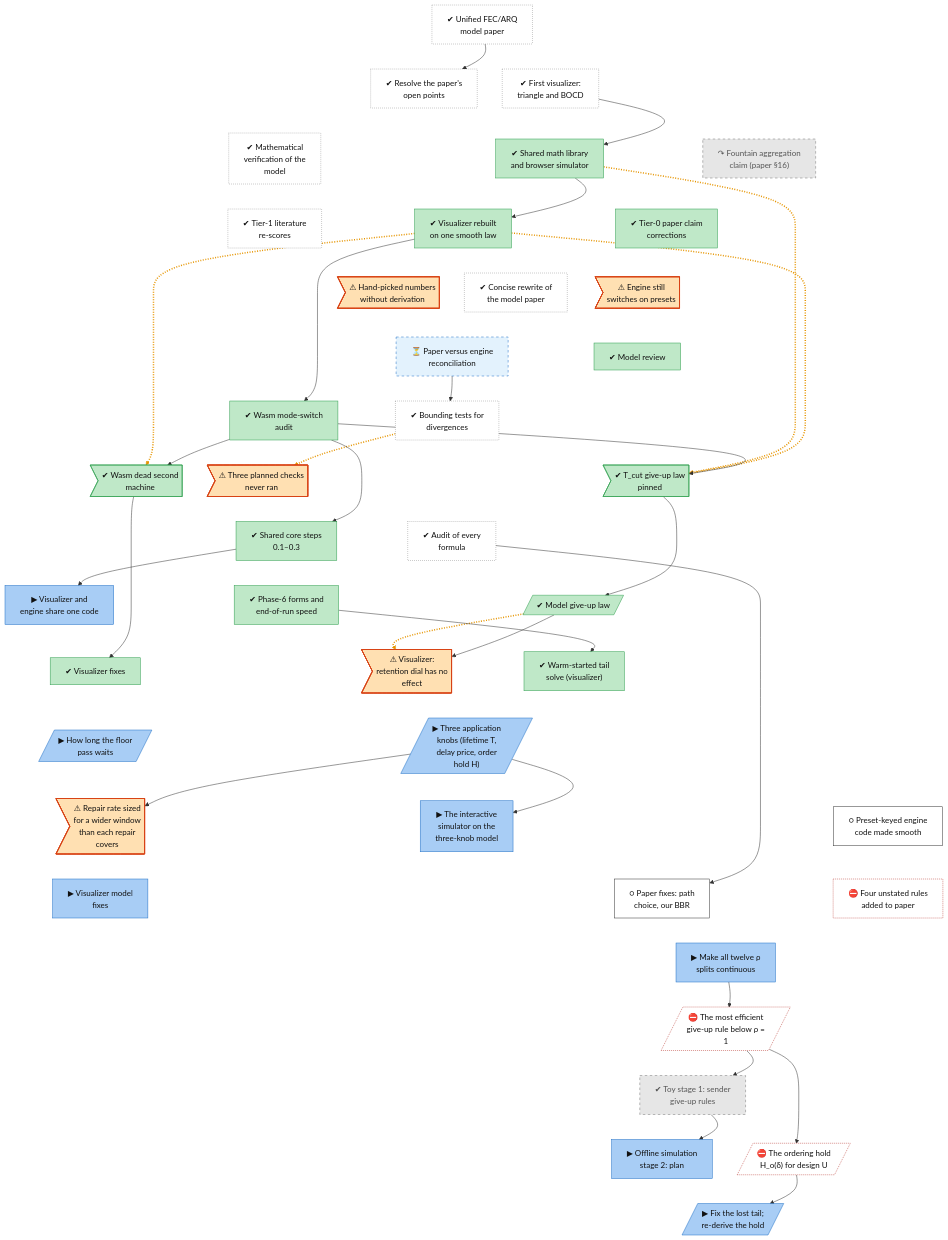
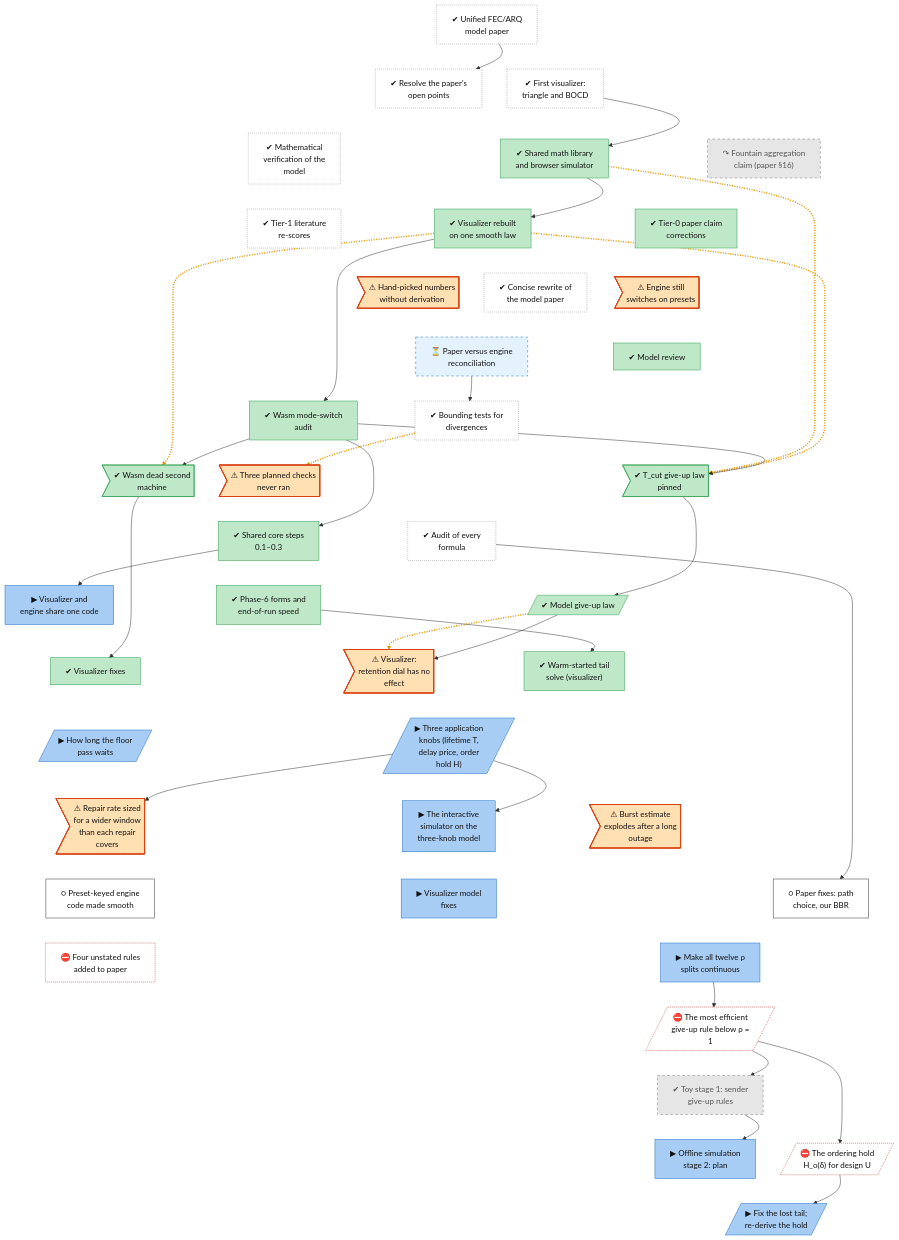
Before and after one commit to lhns/raptorpath: the diagram in docs/roadmap/tracks/model.md, drawn with Mermaid. The commit also changed other lines of this file and 3 other files, not shown here.

Commit message:
roadmap: defect finding, burst estimate after a long outage

```diff
--- a/docs/roadmap/tracks/model.md
+++ b/docs/roadmap/tracks/model.md
@@ -40,6 +40,7 @@
     model_three_knobs[/"▶ Three application<br/>knobs (lifetime T,<br/>delay price, order<br/>hold H)"/]
     model_defect_rate_vs_span>"⚠ Repair rate sized<br/>for a wider window<br/>than each repair<br/>covers"]
     model_viz_three_knobs["▶ The interactive<br/>simulator on the<br/>three-knob model"]
+    model_defect_ge_after_outage>"⚠ Burst estimate<br/>explodes after a long<br/>outage"]
     model_fix_hint_keyed_paths["○ Preset-keyed engine<br/>code made smooth"]
     model_wasm_fixes["▶ Visualizer model<br/>fixes"]
     model_fix_paper_p2["○ Paper fixes: path<br/>choice, our BBR"]
@@ -83,13 +84,14 @@
     model_warm_start ~~~ model_three_knobs
     model_floor_hold ~~~ model_defect_rate_vs_span
     model_three_knobs ~~~ model_viz_three_knobs
-    model_three_knobs ~~~ model_fix_hint_keyed_paths
-    model_defect_rate_vs_span ~~~ model_wasm_fixes
-    model_viz_three_knobs ~~~ model_fix_paper_p2
+    model_three_knobs ~~~ model_defect_ge_after_outage
+    model_defect_rate_vs_span ~~~ model_fix_hint_keyed_paths
+    model_viz_three_knobs ~~~ model_wasm_fixes
+    model_defect_ge_after_outage ~~~ model_fix_paper_p2
     model_fix_hint_keyed_paths ~~~ model_fix_paper_p3
     model_wasm_fixes ~~~ model_rho_step_sites
     model_fix_paper_p2 ~~~ model_rho_step_sites
-    model_fix_paper_p3 ~~~ model_rho_step_sites
+    model_fix_paper_p3 ~~~ model_skip_rule_efficiency
     model_rho_step_sites ~~~ model_skip_rule_efficiency
     model_skip_rule_efficiency ~~~ model_toy_stage1
     model_toy_stage1 ~~~ model_toy_stage2_plan
@@ -122,7 +124,7 @@
     model_toy_stage1 --> model_toy_stage2_plan
     model_skip_rule_efficiency --> model_ordering_hold
     model_ordering_hold --> model_tail_and_hold
-    linkStyle 48,50,51,53,60 stroke:#e69500,stroke-width:3px,stroke-dasharray:2 3
+    linkStyle 49,51,52,54,61 stroke:#e69500,stroke-width:3px,stroke-dasharray:2 3
     classDef vsucc fill:#2e9e4f,stroke:#1b6b34,color:#fff
     classDef succ fill:#bfe8c8,stroke:#2e9e4f,color:#111
     classDef mixed fill:#ffd37a,stroke:#c98a00,color:#111
@@ -140,7 +142,7 @@
     class model_paper_v1,model_open_points,model_visualizer_v1,model_math_verification,model_tier1_rescores,model_paper_rewrite,model_bound_tests,model_law_ledger unrated
     class model_wasm_l0,model_vis_continuum,model_tier0_corrections,model_review_37,model_wasm_audit,model_defect_tcut,model_defect_dead_machine,model_shared_core_0,model_endspeed,model_giveup_law,model_viz_fix,model_warm_start succ
     class model_s16_fountain,model_toy_stage1 dead
-    class model_mode_switch_debts,model_open_constants,model_bound_tests_unrun,model_defect_rho_inert,model_defect_rate_vs_span finding
+    class model_mode_switch_debts,model_open_constants,model_bound_tests_unrun,model_defect_rho_inert,model_defect_rate_vs_span,model_defect_ge_after_outage finding
     class model_paper_recon waiting
     class model_shared_core,model_floor_hold,model_three_knobs,model_viz_three_knobs,model_wasm_fixes,model_rho_step_sites,model_toy_stage2_plan,model_tail_and_hold inprog
     class model_fix_hint_keyed_paths,model_fix_paper_p2 next
```
